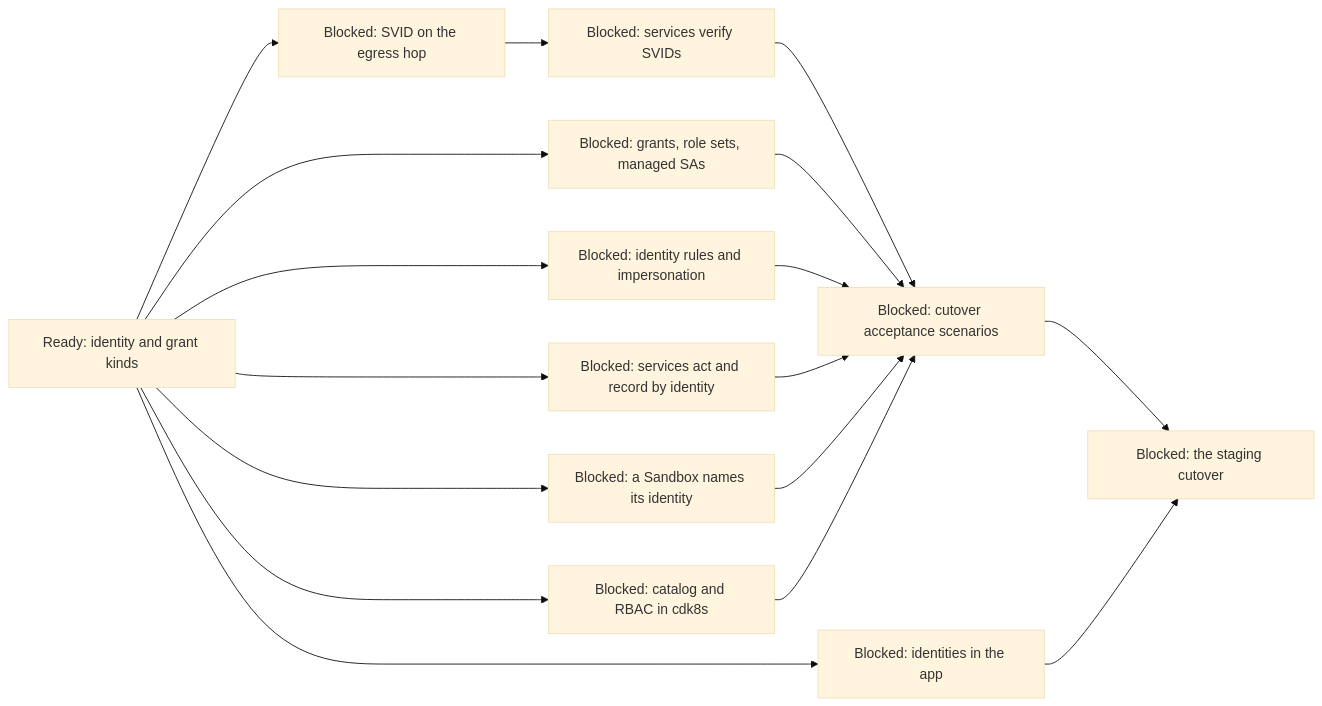
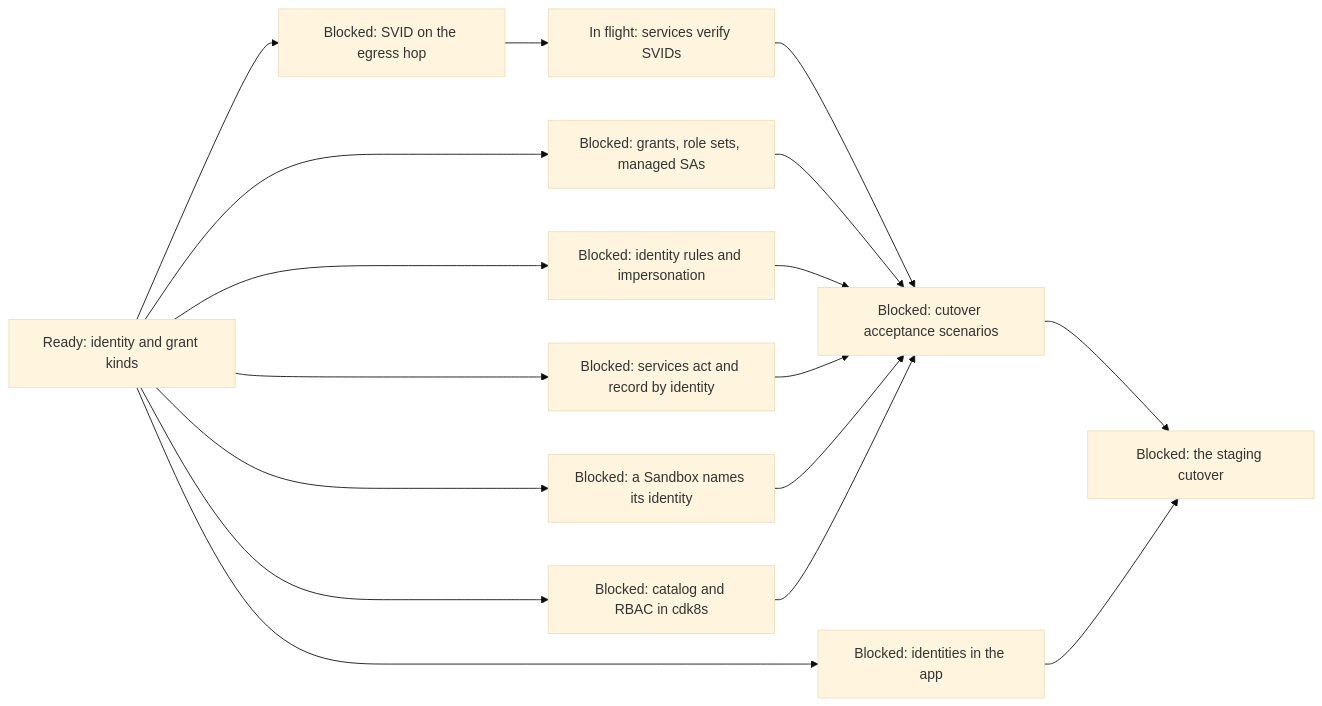
One commit to agentydragon/ducktape changed diagram 16 of 18 in agentplane/plans/task_dag.md. Above: the diagram before and after it, drawn with Mermaid (base theme). The commit also changed other lines of this file and 52 other files, not shown here.

````diff
--- a/agentplane/plans/task_dag.md
+++ b/agentplane/plans/task_dag.md
@@ -2935,19 +2935,19 @@
 ```mermaid
 flowchart LR
     IDENTITY_KINDS[Ready: identity and grant kinds] --> SVID_EGRESS_HOP[Blocked: SVID on the egress hop]
     IDENTITY_KINDS --> POLICY_GRANTS[Blocked: grants, role sets, managed SAs]
     IDENTITY_KINDS --> EGRESS_IDENTITY_RULES[Blocked: identity rules and impersonation]
     IDENTITY_KINDS --> SERVICES_IDENTITY_PRINCIPAL[Blocked: services act and record by identity]
     IDENTITY_KINDS --> SANDBOX_IDENTITY_SPEC[Blocked: a Sandbox names its identity]
     IDENTITY_KINDS --> IDENTITY_CATALOG[Blocked: catalog and RBAC in cdk8s]
     IDENTITY_KINDS --> APP_IDENTITIES_UI[Blocked: identities in the app]
-    SVID_EGRESS_HOP --> SVID_PLATFORM_ROUTES[Blocked: services verify SVIDs]
+    SVID_EGRESS_HOP --> SVID_PLATFORM_ROUTES[In flight: services verify SVIDs]
     SVID_PLATFORM_ROUTES --> IDENTITY_SYSTEM_TESTS[Blocked: cutover acceptance scenarios]
     POLICY_GRANTS --> IDENTITY_SYSTEM_TESTS
     EGRESS_IDENTITY_RULES --> IDENTITY_SYSTEM_TESTS
     SERVICES_IDENTITY_PRINCIPAL --> IDENTITY_SYSTEM_TESTS
     SANDBOX_IDENTITY_SPEC --> IDENTITY_SYSTEM_TESTS
     IDENTITY_CATALOG --> IDENTITY_SYSTEM_TESTS
     IDENTITY_SYSTEM_TESTS --> IDENTITY_CUTOVER[Blocked: the staging cutover]
     APP_IDENTITIES_UI --> IDENTITY_CUTOVER
 ```
````
